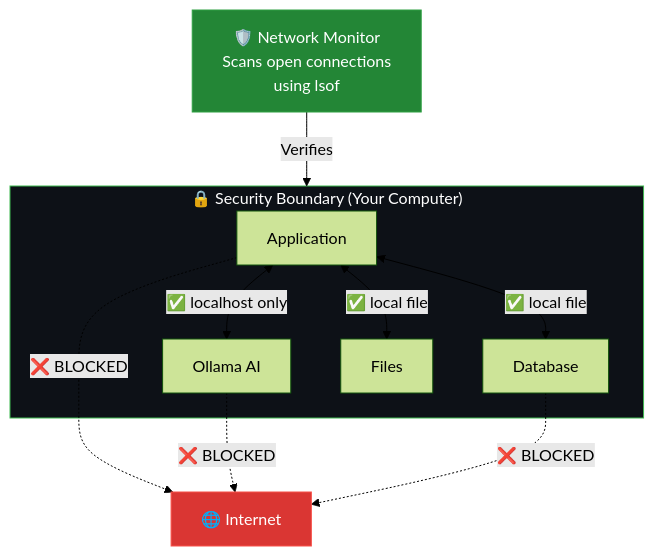
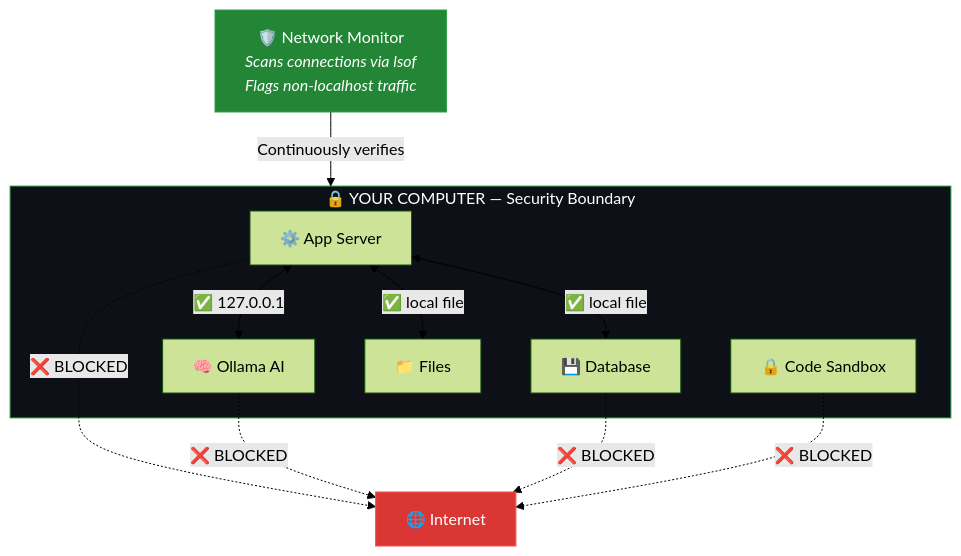
One commit to i-shubhh/DEMO-117 changed the tenth of 13 diagrams in README.md. Above: the diagram before and after it, drawn with Mermaid (forest theme). The commit also changed other lines of this file, not shown here.

````diff
--- a/README.md
+++ b/README.md
@@ -217,26 +351,28 @@
 ```mermaid
 graph TB
-    subgraph BOUNDARY["🔒 Security Boundary (Your Computer)"]
-        APP["Application"]
-        OLLAMA["Ollama AI"]
-        DB["Database"]
-        FILES["Files"]
+    subgraph LOCAL["🔒 YOUR COMPUTER — Security Boundary"]
+        APP["⚙️ App Server"]
+        OLLAMA["🧠 Ollama AI"]
+        DB["💾 Database"]
+        FILES["📁 Files"]
+        SANDBOX["🔒 Code Sandbox"]
     end
 
     INTERNET["🌐 Internet"]
     
     APP -.->|"❌ BLOCKED"| INTERNET
     OLLAMA -.->|"❌ BLOCKED"| INTERNET
     DB -.->|"❌ BLOCKED"| INTERNET
+    SANDBOX -.->|"❌ BLOCKED"| INTERNET
     
-    APP <-->|"✅ localhost only"| OLLAMA
+    APP <-->|"✅ 127.0.0.1"| OLLAMA
     APP <-->|"✅ local file"| DB
     APP <-->|"✅ local file"| FILES
 
-    MONITOR["🛡️ Network Monitor<br/>Scans open connections<br/>using lsof"]
-    MONITOR -->|"Verifies"| BOUNDARY
+    MONITOR["🛡️ Network Monitor<br/><i>Scans connections via lsof</i><br/><i>Flags non-localhost traffic</i>"]
+    MONITOR -->|"Continuously verifies"| LOCAL
 
-    style BOUNDARY fill:#0d1117,stroke:#3fb950,color:#fff
+    style LOCAL fill:#0d1117,stroke:#3fb950,color:#fff
     style INTERNET fill:#da3633,stroke:#f85149,color:#fff
     style MONITOR fill:#238636,stroke:#2ea043,color:#fff
 ```
````
